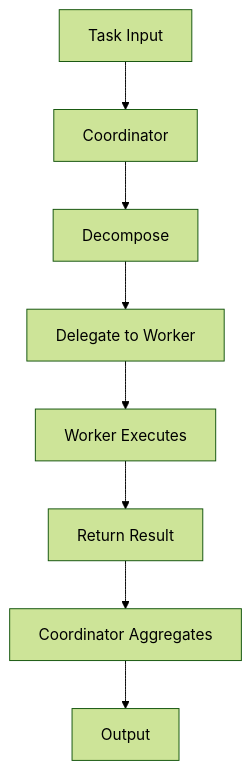
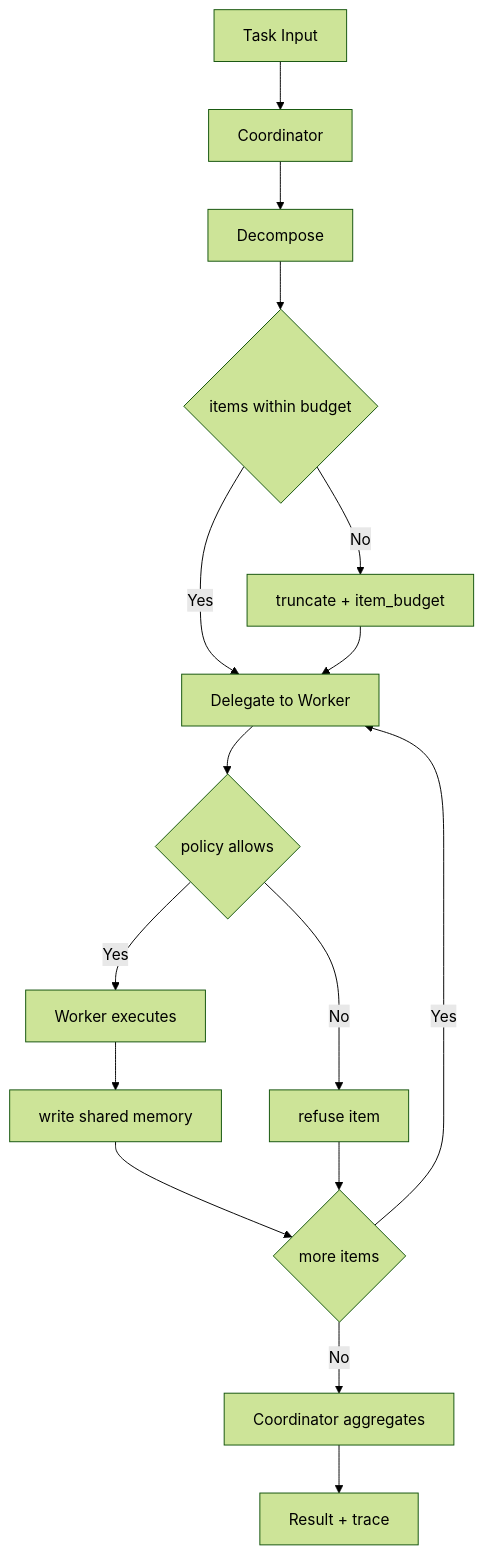
Before and after one commit to tcp-ecosystem/MAM: the diagram in modules/templates/agent/agent.mam.md, drawn with Mermaid (forest theme). The commit also changed other lines of this file and 7 other files, not shown here.

````diff
--- a/modules/templates/agent/agent.mam.md
+++ b/modules/templates/agent/agent.mam.md
@@ -220,10 +355,18 @@
 ```mermaid
 flowchart TD
     A[Task Input] --> B[Coordinator]
     B --> C[Decompose]
-    C --> D[Delegate to Worker]
-    D --> E[Worker Executes]
-    E --> F[Return Result]
-    F --> G[Coordinator Aggregates]
-    G --> H[Output]
+    C --> D{items within budget}
+    D -->|No| E[truncate + item_budget]
+    D -->|Yes| F[Delegate to Worker]
+    E --> F
+    F --> G{policy allows}
+    G -->|No| H[refuse item]
+    G -->|Yes| I[Worker executes]
+    I --> J[write shared memory]
+    J --> K{more items}
+    H --> K
+    K -->|Yes| F
+    K -->|No| L[Coordinator aggregates]
+    L --> M[Result + trace]
 ```
````
